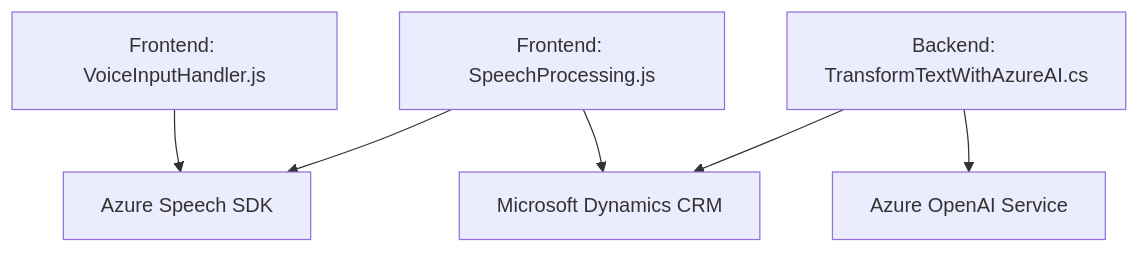
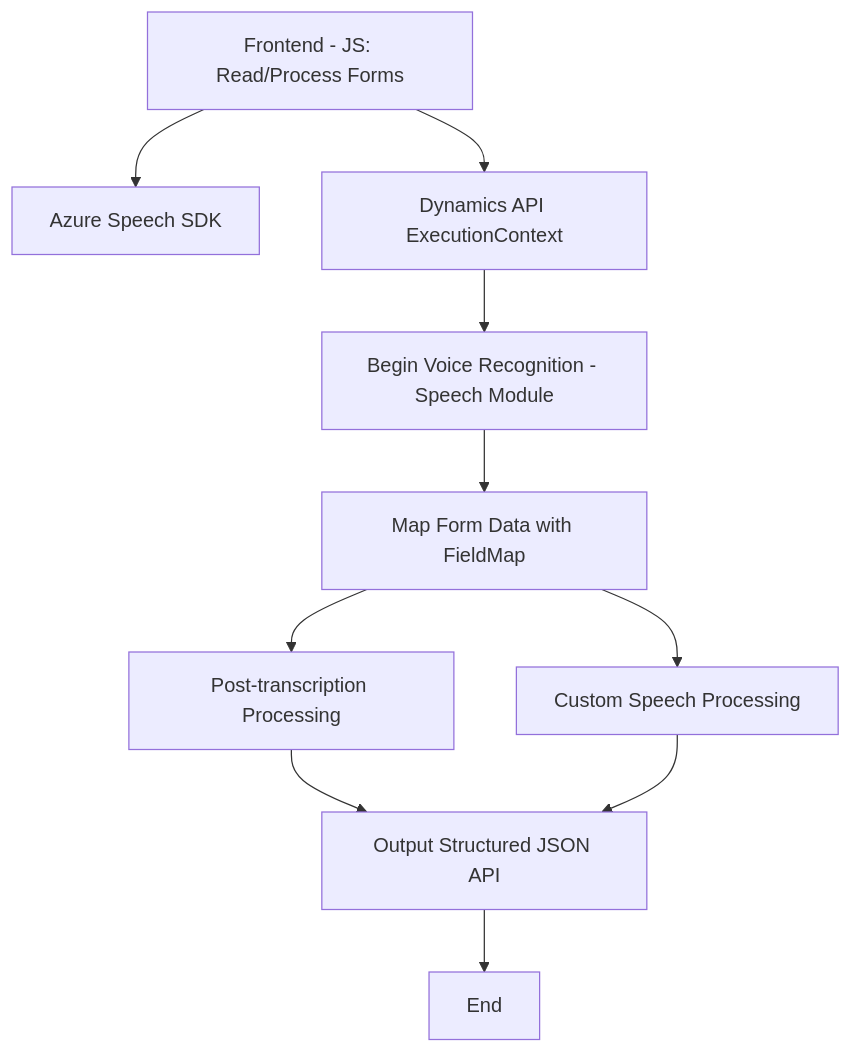
The diagram in README.md (blopezdm/NETCORE_BILBAO2025), drawn with Mermaid before and after one commit. The commit also changed other lines of this file, not shown here.

````diff
--- a/README.md
+++ b/README.md
@@ -45,15 +63,13 @@
 ```mermaid
 graph TD
-    A["Frontend: VoiceInputHandler.js"] 
-    B["Frontend: SpeechProcessing.js"]
-    C["Backend: TransformTextWithAzureAI.cs"]
-    D["Azure Speech SDK"]
-    E["Azure OpenAI Service"]
-    F["Microsoft Dynamics CRM"]
+    A["Frontend - JS: Read/Process Forms"] --> B["Azure Speech SDK"]
+    A["Frontend - JS: Read/Process Forms"] --> C["Dynamics API ExecutionContext"]
+    C["Dynamics API ExecutionContext"] --> D["Begin Voice Recognition - Speech Module"]
+    D["Begin Voice Recognition - Speech Module"] --> E["Map Form Data with FieldMap"]
+    E --> F["Post-transcription Processing"]
+    E --> G["Custom Speech Processing"]
+    F --> H["Store Transformed-Processed"]
+    G --> H["Output Structured JSON API"]
     
-    A --> D
-    B --> D
-    B --> F
-    C --> F
-    C --> E
+    H --> End
 ```
````
